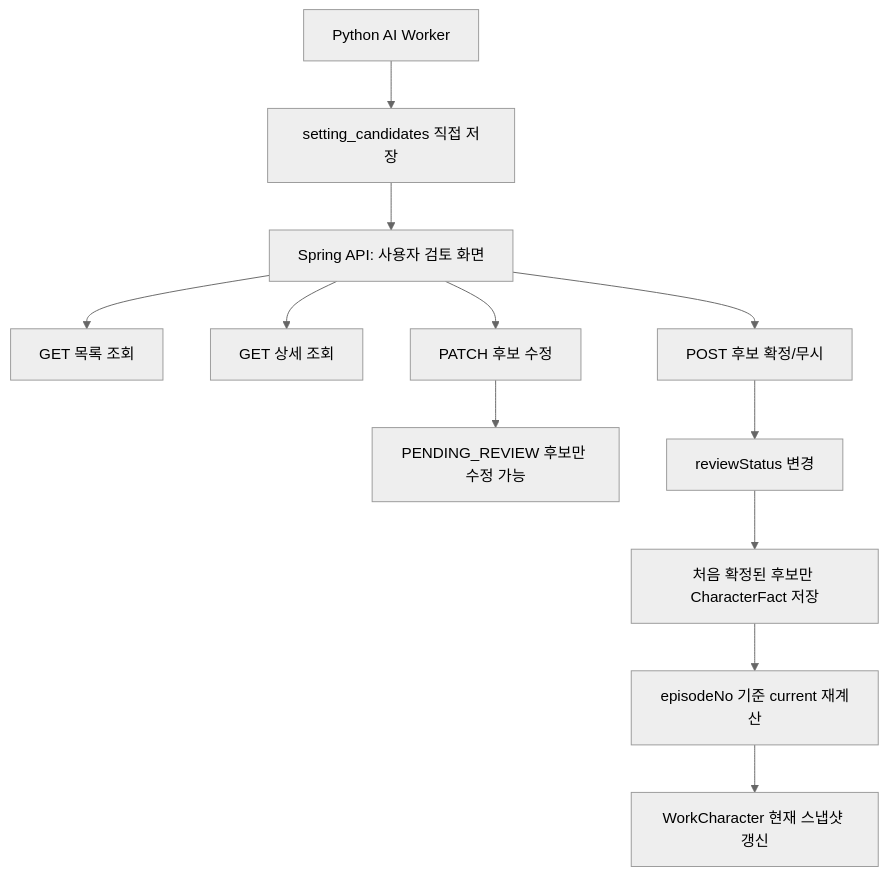
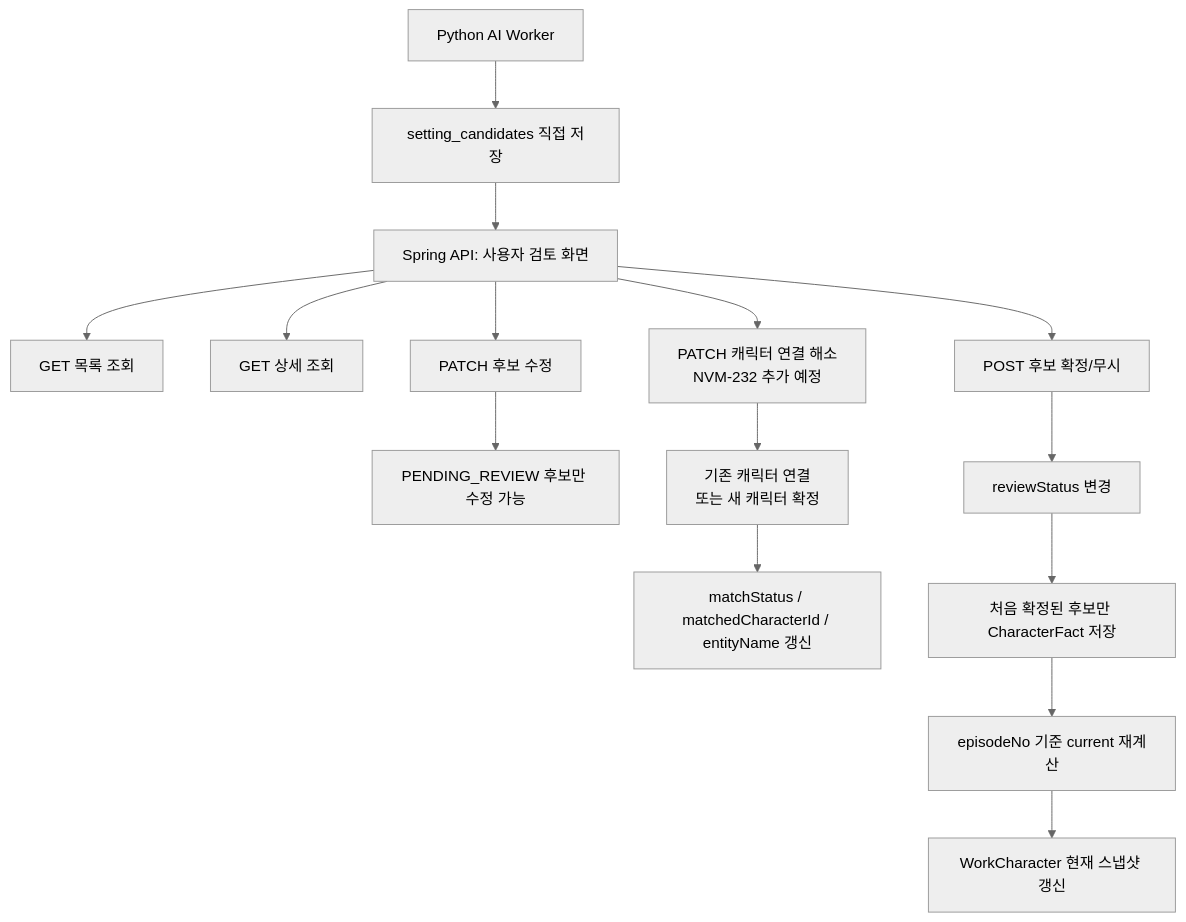
Before and after one commit to catchhole-soma/catchhole-backend-java: the first of 7 diagrams in docs/character.md, drawn with Mermaid (neutral theme). The commit also changed other lines of this file, not shown here.

First line of the commit message:
docs(character): 설정 후보 캐릭터 매칭 정책 정리

````diff
--- a/docs/character.md
+++ b/docs/character.md
@@ -270,16 +322,19 @@
 ```mermaid
 flowchart TD
     A["Python AI Worker"] --> B["setting_candidates 직접 저장"]
     B --> C["Spring API: 사용자 검토 화면"]
 
     C --> D["GET 목록 조회"]
     C --> E["GET 상세 조회"]
     C --> F["PATCH 후보 수정"]
+    C --> M["PATCH 캐릭터 연결 해소<br/>NVM-232 추가 예정"]
     C --> G["POST 후보 확정/무시"]
 
     F --> H["PENDING_REVIEW 후보만 수정 가능"]
+    M --> N["기존 캐릭터 연결<br/>또는 새 캐릭터 확정"]
+    N --> O["matchStatus / matchedCharacterId / entityName 갱신"]
     G --> I["reviewStatus 변경"]
     I --> J["처음 확정된 후보만 CharacterFact 저장"]
     J --> K["episodeNo 기준 current 재계산"]
     K --> L["WorkCharacter 현재 스냅샷 갱신"]
 ```
````
